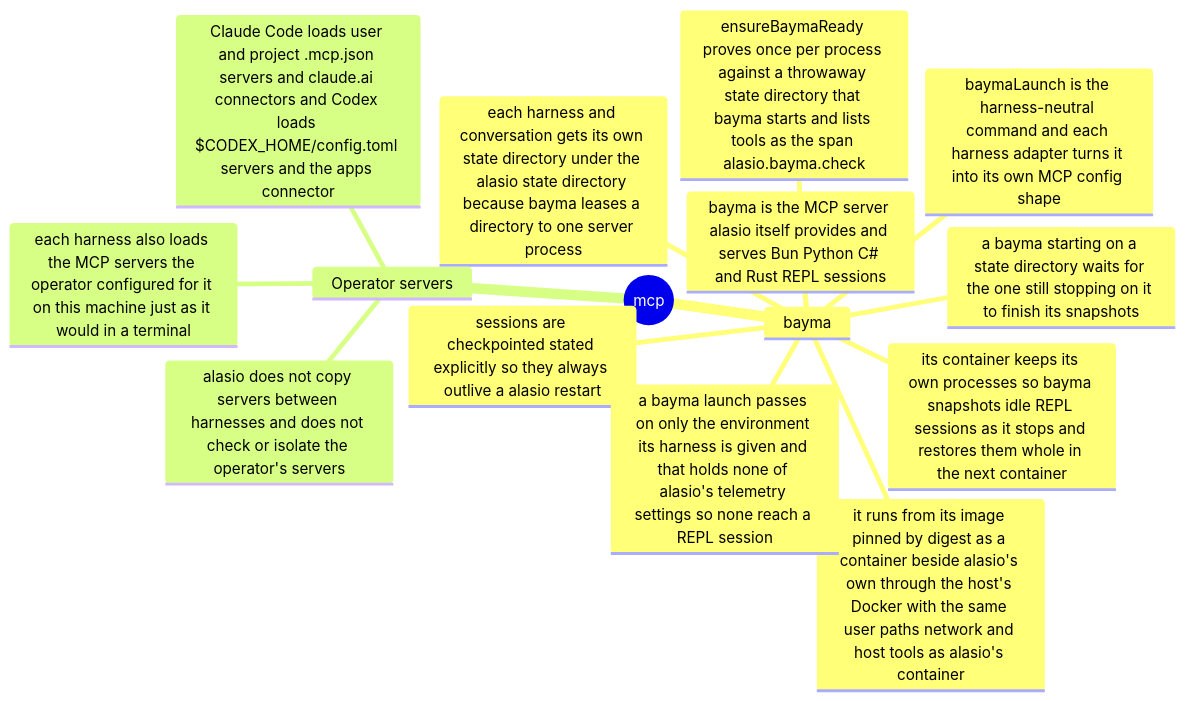
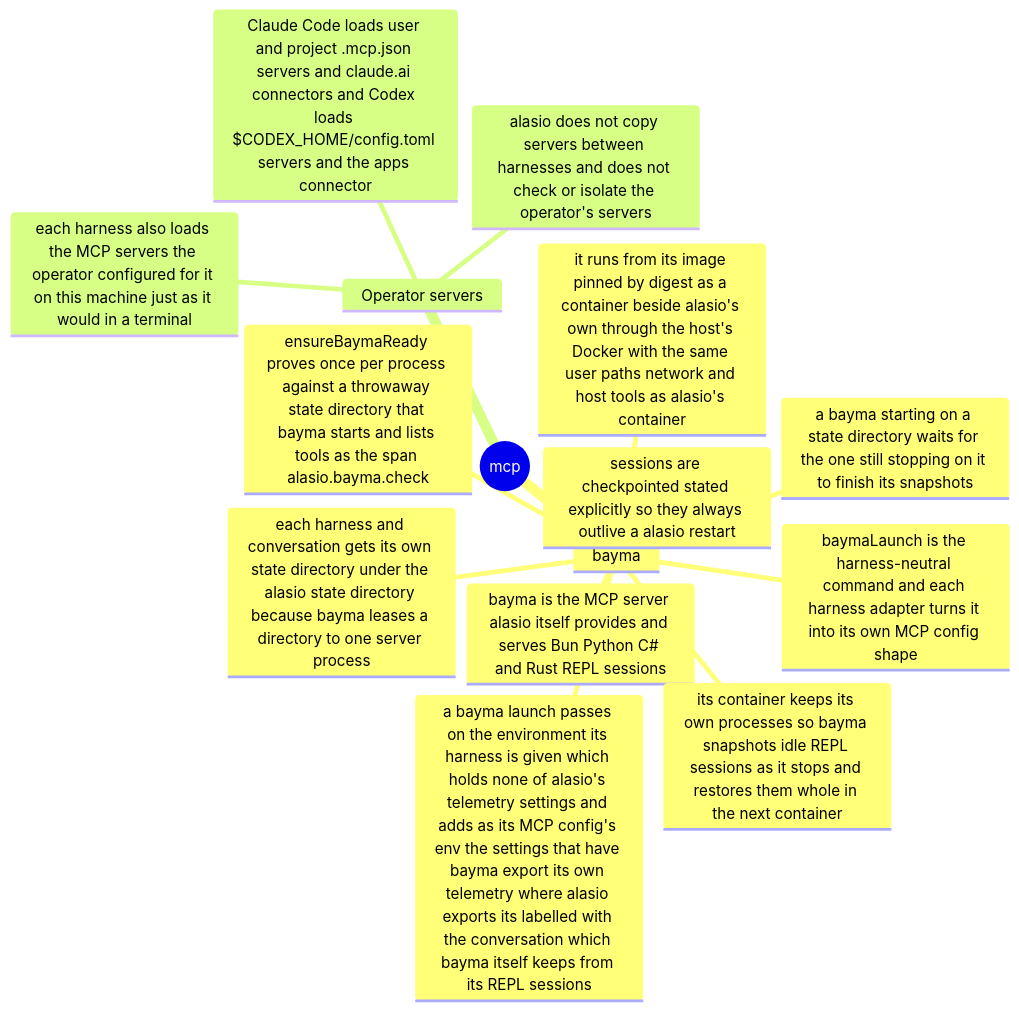
Before and after one commit to eaucoin/alasio: the first of 3 diagrams in src/mcp/README.md, drawn with Mermaid. The commit also changed 7 other files, not shown here.

First line of the commit message:
Have bayma export its own telemetry where alasio exports its

````diff
--- a/src/mcp/README.md
+++ b/src/mcp/README.md
@@ -2,18 +2,18 @@
 ```mermaid
 mindmap
   root((mcp))
     bayma
       bayma is the MCP server alasio itself provides and serves Bun Python C# and Rust REPL sessions
       it runs from its image pinned by digest as a container beside alasio's own through the host's Docker with the same user paths network and host tools as alasio's container
       its container keeps its own processes so bayma snapshots idle REPL sessions as it stops and restores them whole in the next container
       a bayma starting on a state directory waits for the one still stopping on it to finish its snapshots
       baymaLaunch is the harness-neutral command and each harness adapter turns it into its own MCP config shape
       each harness and conversation gets its own state directory under the alasio state directory because bayma leases a directory to one server process
       sessions are checkpointed stated explicitly so they always outlive a alasio restart
       ensureBaymaReady proves once per process against a throwaway state directory that bayma starts and lists tools as the span alasio.bayma.check
-      a bayma launch passes on only the environment its harness is given and that holds none of alasio's telemetry settings so none reach a REPL session
+      a bayma launch passes on the environment its harness is given which holds none of alasio's telemetry settings and adds as its MCP config's env the settings that have bayma export its own telemetry where alasio exports its labelled with the conversation which bayma itself keeps from its REPL sessions
     Operator servers
       each harness also loads the MCP servers the operator configured for it on this machine just as it would in a terminal
       Claude Code loads user and project .mcp.json servers and claude.ai connectors and Codex loads $CODEX_HOME/config.toml servers and the apps connector
       alasio does not copy servers between harnesses and does not check or isolate the operator's servers
 ```
````
